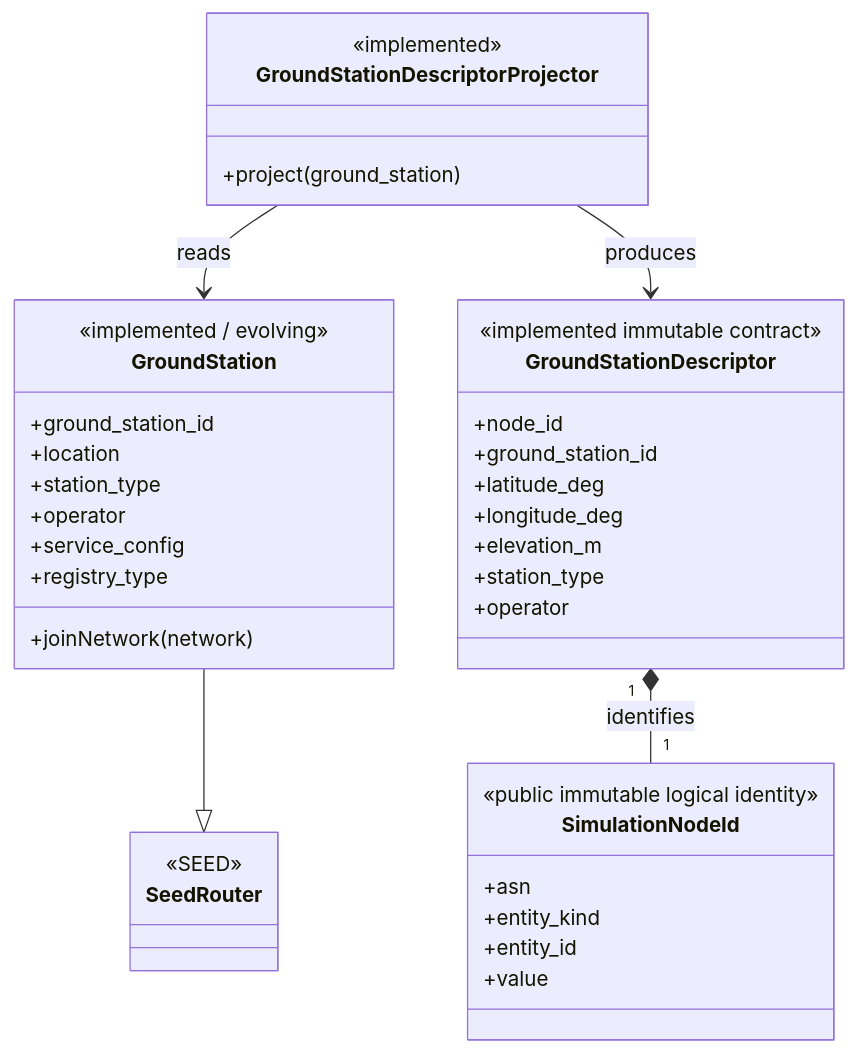
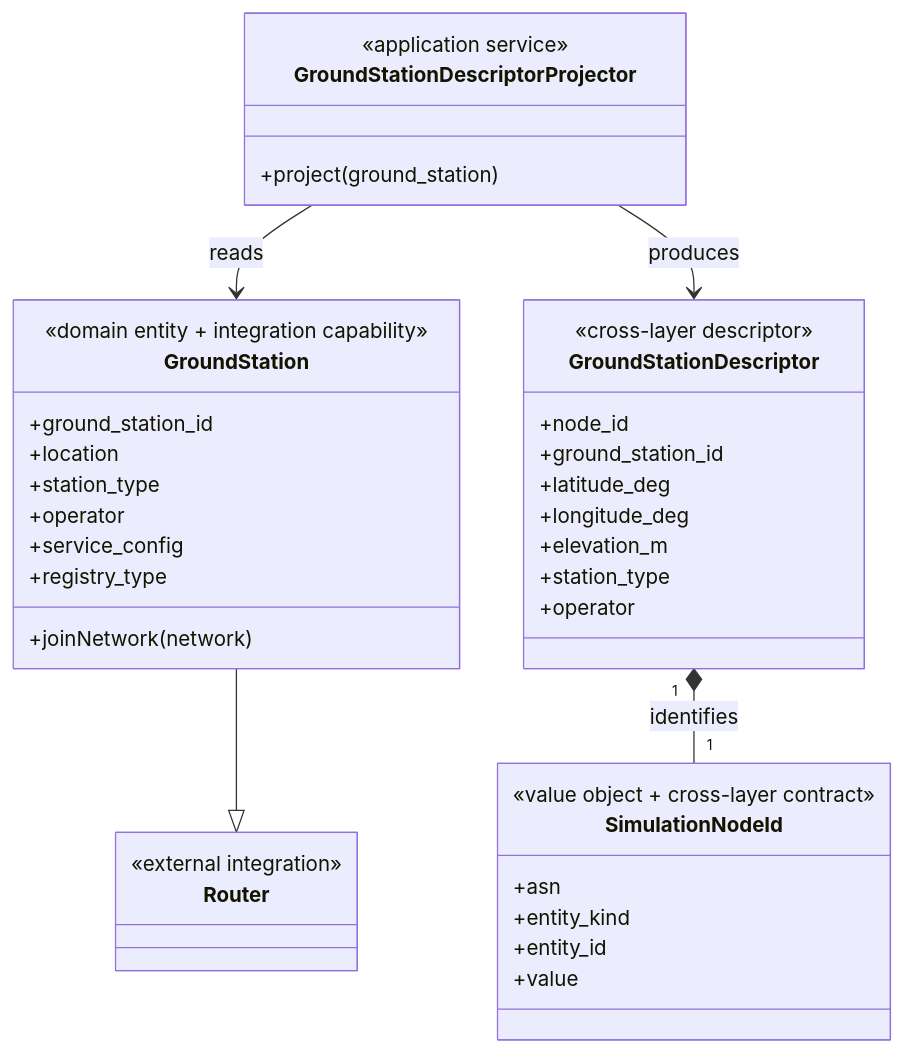
Before and after one commit to seed-labs/skyseed: the seventh of 11 diagrams in skyseed_v2/docs/architecture/diagrams.md, drawn with Mermaid. The commit also changed other lines of this file and 43 other files, not shown here.

Commit message:
Finalize Emulator terminology and architecture traceability

````diff
--- a/skyseed_v2/docs/architecture/diagrams.md
+++ b/skyseed_v2/docs/architecture/diagrams.md
@@ -168,46 +185,46 @@
 ```mermaid
 classDiagram
     class GroundStation {
-        <<implemented / evolving>>
+        <<domain entity + integration capability>>
         +ground_station_id
         +location
         +station_type
         +operator
         +service_config
         +registry_type
         +joinNetwork(network)
     }
 
-    class SeedRouter {
-        <<SEED>>
+    class Router {
+        <<external integration>>
     }
 
     class GroundStationDescriptorProjector {
-        <<implemented>>
+        <<application service>>
         +project(ground_station)
     }
 
     class GroundStationDescriptor {
-        <<implemented immutable contract>>
+        <<cross-layer descriptor>>
         +node_id
         +ground_station_id
         +latitude_deg
         +longitude_deg
         +elevation_m
         +station_type
         +operator
     }
 
     class SimulationNodeId {
-        <<public immutable logical identity>>
+        <<value object + cross-layer contract>>
         +asn
         +entity_kind
         +entity_id
         +value
     }
 
-    GroundStation --|> SeedRouter
+    GroundStation --|> Router
     GroundStationDescriptorProjector --> GroundStation : reads
     GroundStationDescriptorProjector --> GroundStationDescriptor : produces
     GroundStationDescriptor "1" *-- "1" SimulationNodeId : identifies
 ```
````
